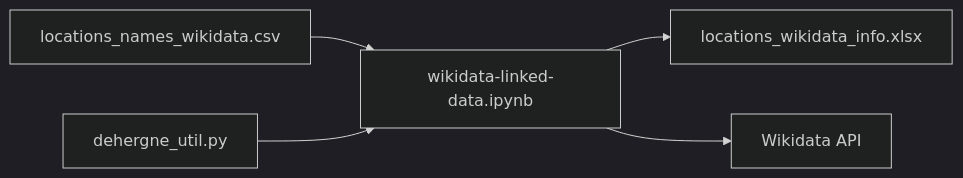
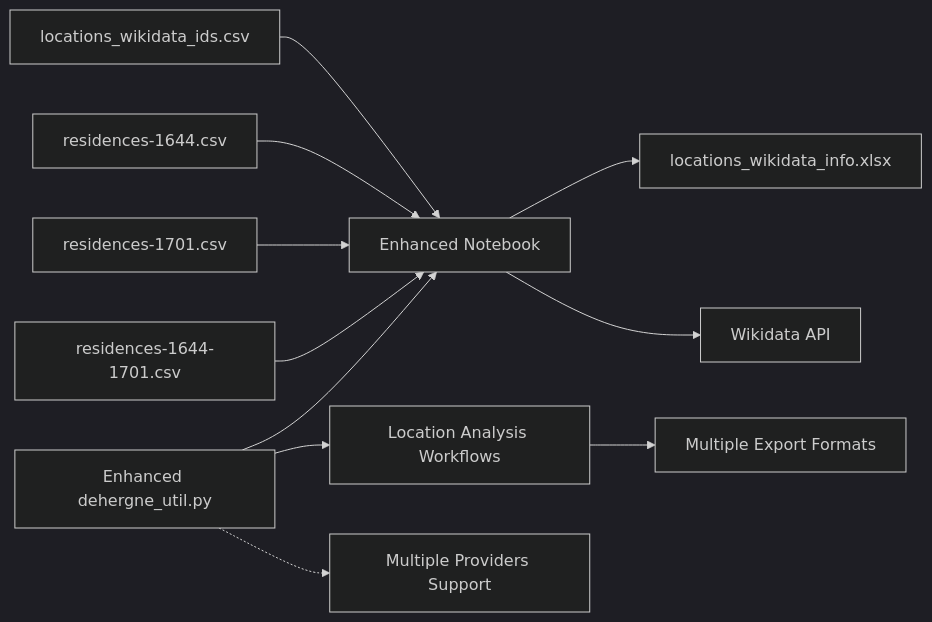
Before and after one commit to joaquimrcarvalho/dehergne-locations: the fourth of 4 diagrams in .qoder/repowiki/en/content/Data Enrichment/Wikidata Integration.md, drawn with Mermaid (dark theme). The commit also changed other lines of this file and 8 other files, not shown here.

````diff
--- a/.qoder/repowiki/en/content/Data Enrichment/Wikidata Integration.md
+++ b/.qoder/repowiki/en/content/Data Enrichment/Wikidata Integration.md
@@ -202,7 +243,13 @@
 ```mermaid
 graph LR
-CSV["locations_names_wikidata.csv"] --> NB["wikidata-linked-data.ipynb"]
-UTIL["dehergne_util.py"] --> NB
+CSV1["locations_wikidata_ids.csv"] --> NB["Enhanced Notebook"]
+CSV2["residences-1644.csv"] --> NB
+CSV3["residences-1701.csv"] --> NB
+CSV4["residences-1644-1701.csv"] --> NB
+UTIL["Enhanced dehergne_util.py"] --> NB
+UTIL --> ANALYSIS["Location Analysis Workflows"]
 NB --> CACHE["locations_wikidata_info.xlsx"]
 NB --> WD["Wikidata API"]
+UTIL -.-> PROVIDERS["Multiple Providers Support"]
+ANALYSIS --> EXPORTS["Multiple Export Formats"]
 ```
````
